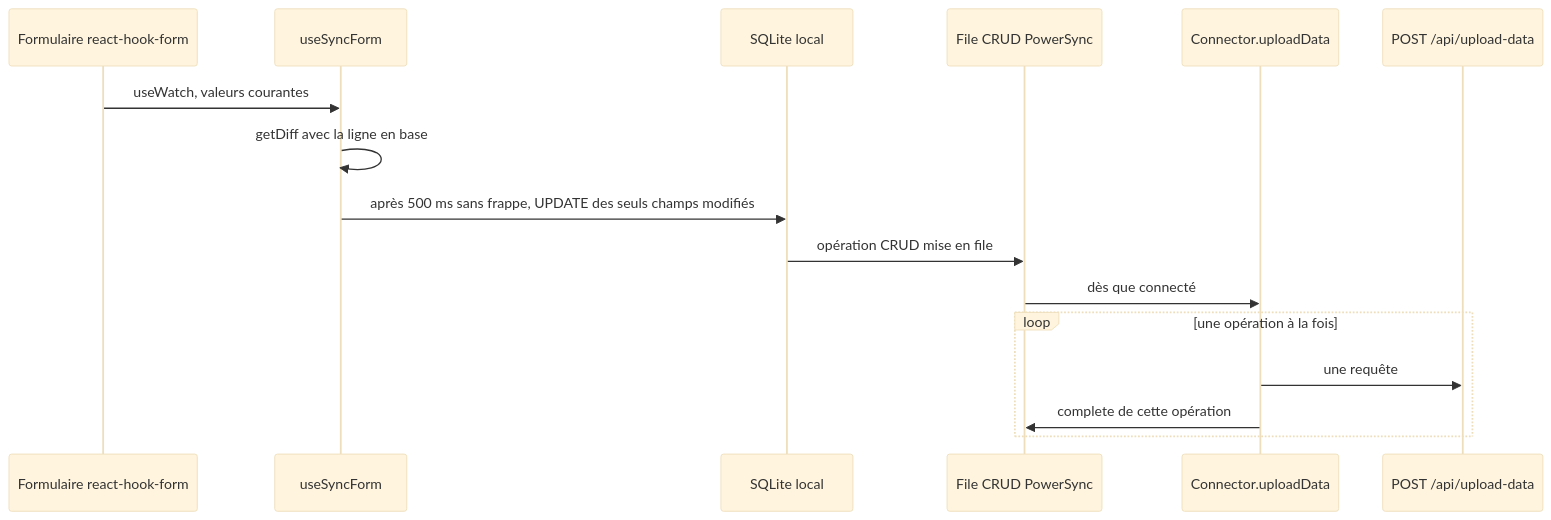
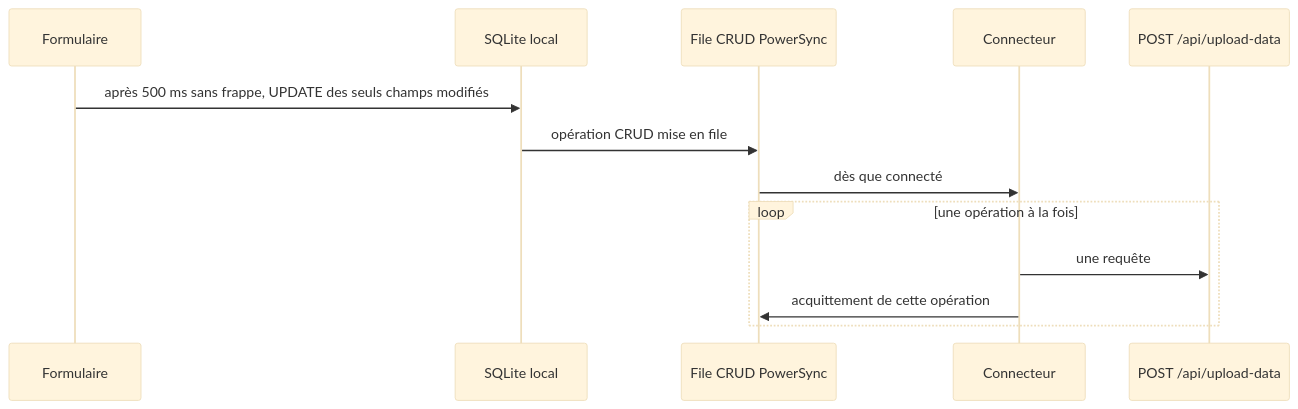
Before and after one commit to betagouv/patrinotes: the third of 5 diagrams in docs/03-frontend-pwa.md, drawn with Mermaid (base theme). The commit also changed other lines of this file and 19 other files, not shown here.

````diff
--- a/docs/03-frontend-pwa.md
+++ b/docs/03-frontend-pwa.md
@@ -285,18 +168,15 @@
 ```mermaid
 sequenceDiagram
-    participant Form as Formulaire react-hook-form
-    participant Sync as useSyncForm
+    participant Form as Formulaire
     participant DB as SQLite local
     participant Q as File CRUD PowerSync
-    participant C as Connector.uploadData
+    participant C as Connecteur
     participant API as POST /api/upload-data
-    Form->>Sync: useWatch, valeurs courantes
-    Sync->>Sync: getDiff avec la ligne en base
-    Sync->>DB: après 500 ms sans frappe, UPDATE des seuls champs modifiés
+    Form->>DB: après 500 ms sans frappe, UPDATE des seuls champs modifiés
     DB->>Q: opération CRUD mise en file
     Q->>C: dès que connecté
     loop une opération à la fois
         C->>API: une requête
-        C->>Q: complete de cette opération
+        C->>Q: acquittement de cette opération
     end
 ```
````
